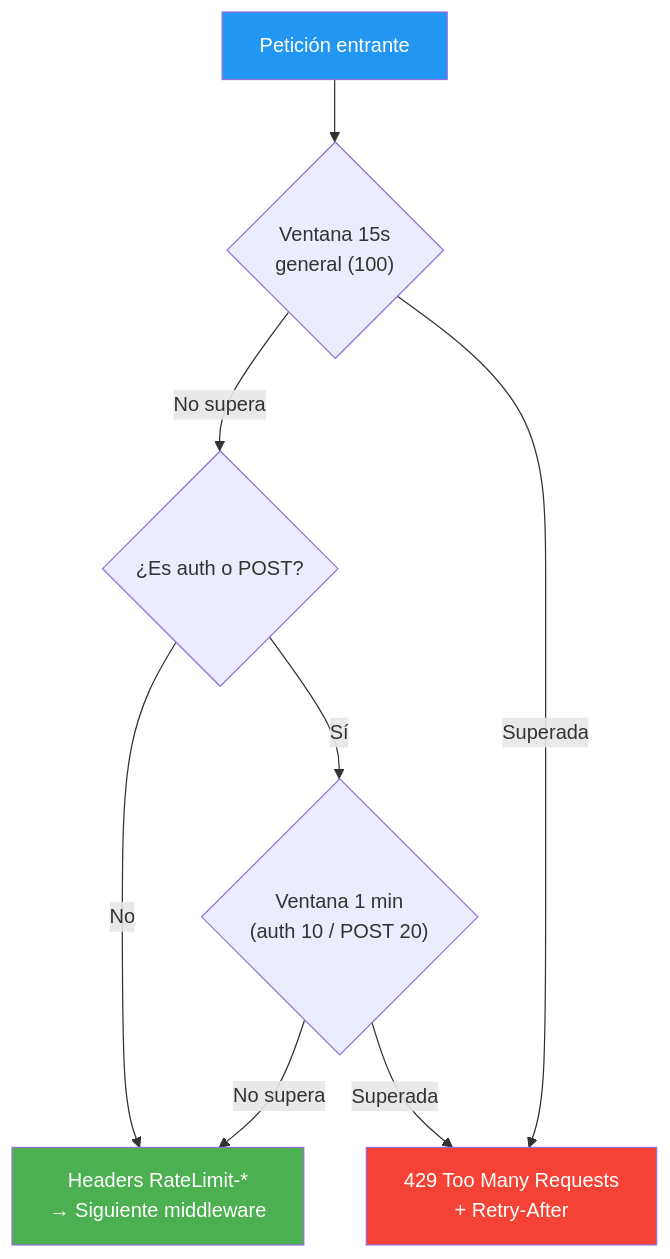
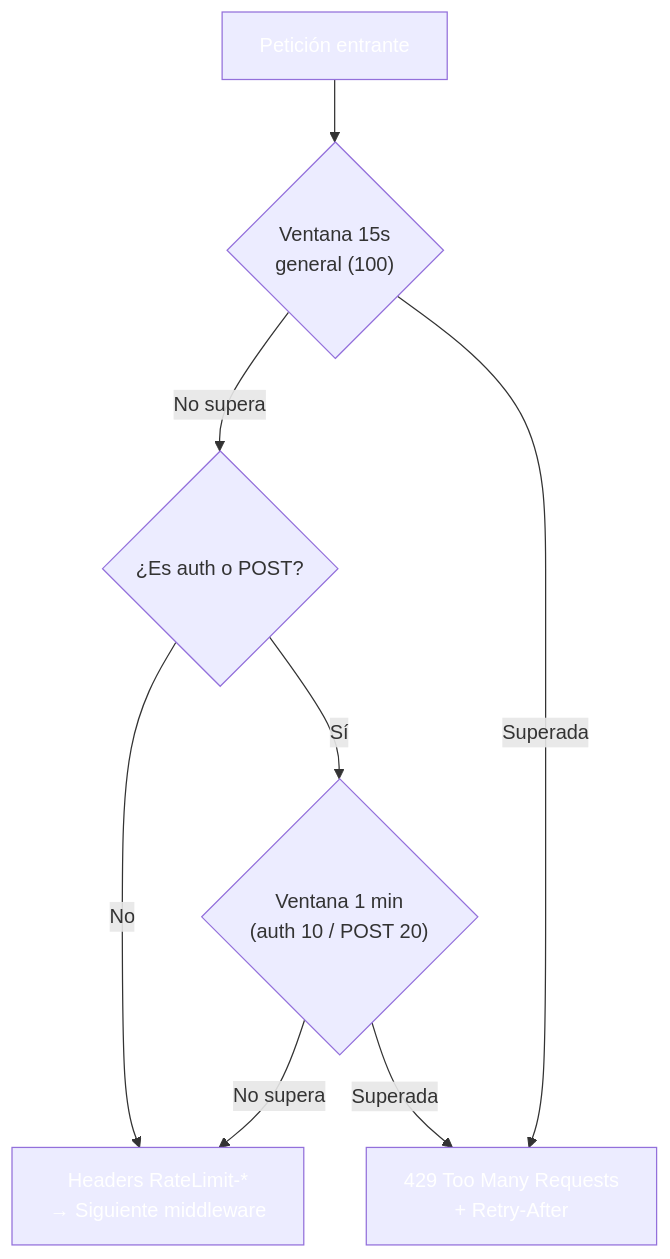
Before and after one commit to joseluisgs/DesarrolloWebEntornosServidor-02-2026-2027: the third of 3 diagrams in 23-optimizacion.md, drawn with Mermaid. The commit also changed other lines of this file and 41 other files, not shown here.

````diff
--- a/23-optimizacion.md
+++ b/23-optimizacion.md
@@ -705,14 +705,14 @@
 ```mermaid
 flowchart TD
     A["Petición entrante"] --> B{"Ventana 15s\ngeneral (100)"}
     B -->|"No supera"| C{"¿Es auth o POST?"}
     B -->|"Superada"| D["429 Too Many Requests\n+ Retry-After"]
     C -->|"No"| E["Headers RateLimit-*\n→ Siguiente middleware"]
     C -->|"Sí"| F{"Ventana 1 min\n(auth 10 / POST 20)"}
     F -->|"No supera"| E
     F -->|"Superada"| D
 
-    style A fill:#2196F3,color:#fff
-    style D fill:#f44336,color:#fff
-    style E fill:#4CAF50,color:#fff
+    style A fill:#2196F,color:#fff3,color:#fff
+    style D fill:#f4433,color:#fff6,color:#fff
+    style E fill:#4CAF5,color:#fff0,color:#fff
 ```
````
